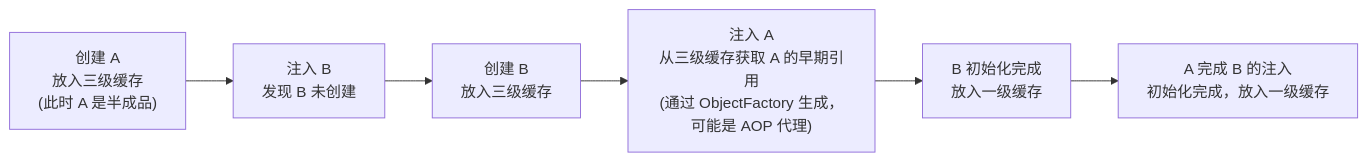
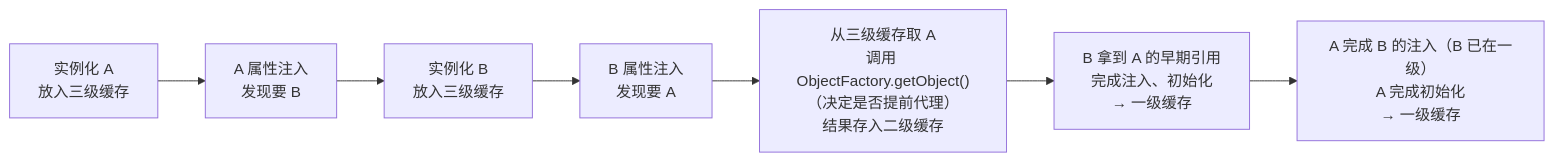
The second of 2 diagrams in docs/02-spring/01-核心基础/02-Bean生命周期与循环依赖.md (b1tzer/b1tzer.github.io), drawn with Mermaid before and after one commit. The commit also changed other lines of this file and 2 other files, not shown here.

````diff
--- a/docs/02-spring/01-核心基础/02-Bean生命周期与循环依赖.md
+++ b/docs/02-spring/01-核心基础/02-Bean生命周期与循环依赖.md
@@ -490,8 +279,9 @@
 ```mermaid
 flowchart LR
-    A1["创建 A<br>放入三级缓存<br>(此时 A 是半成品)"] --> A2["注入 B<br>发现 B 未创建"]
-    A2 --> B1["创建 B<br>放入三级缓存"]
-    B1 --> B2["注入 A<br>从三级缓存获取 A 的早期引用<br>(通过 ObjectFactory 生成，可能是 AOP 代理)"]
-    B2 --> B3["B 初始化完成<br>放入一级缓存"]
-    B3 --> A3["A 完成 B 的注入<br>初始化完成，放入一级缓存"]
+    A1["实例化 A<br>放入三级缓存"] --> A2["A 属性注入<br>发现要 B"]
+    A2 --> B1["实例化 B<br>放入三级缓存"]
+    B1 --> B2["B 属性注入<br>发现要 A"]
+    B2 --> B3["从三级缓存取 A<br>调用 ObjectFactory.getObject()<br>（决定是否提前代理）<br>结果存入二级缓存"]
+    B3 --> B4["B 拿到 A 的早期引用<br>完成注入、初始化<br>→ 一级缓存"]
+    B4 --> A3["A 完成 B 的注入（B 已在一级）<br>A 完成初始化<br>→ 一级缓存"]
 ```
````
